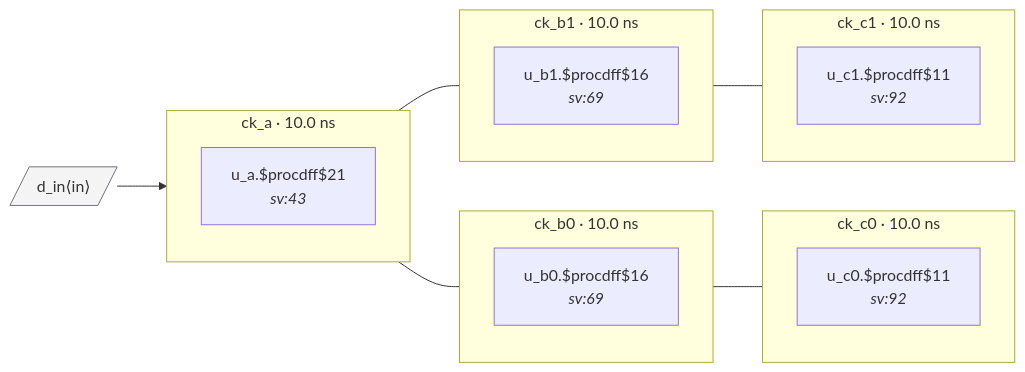
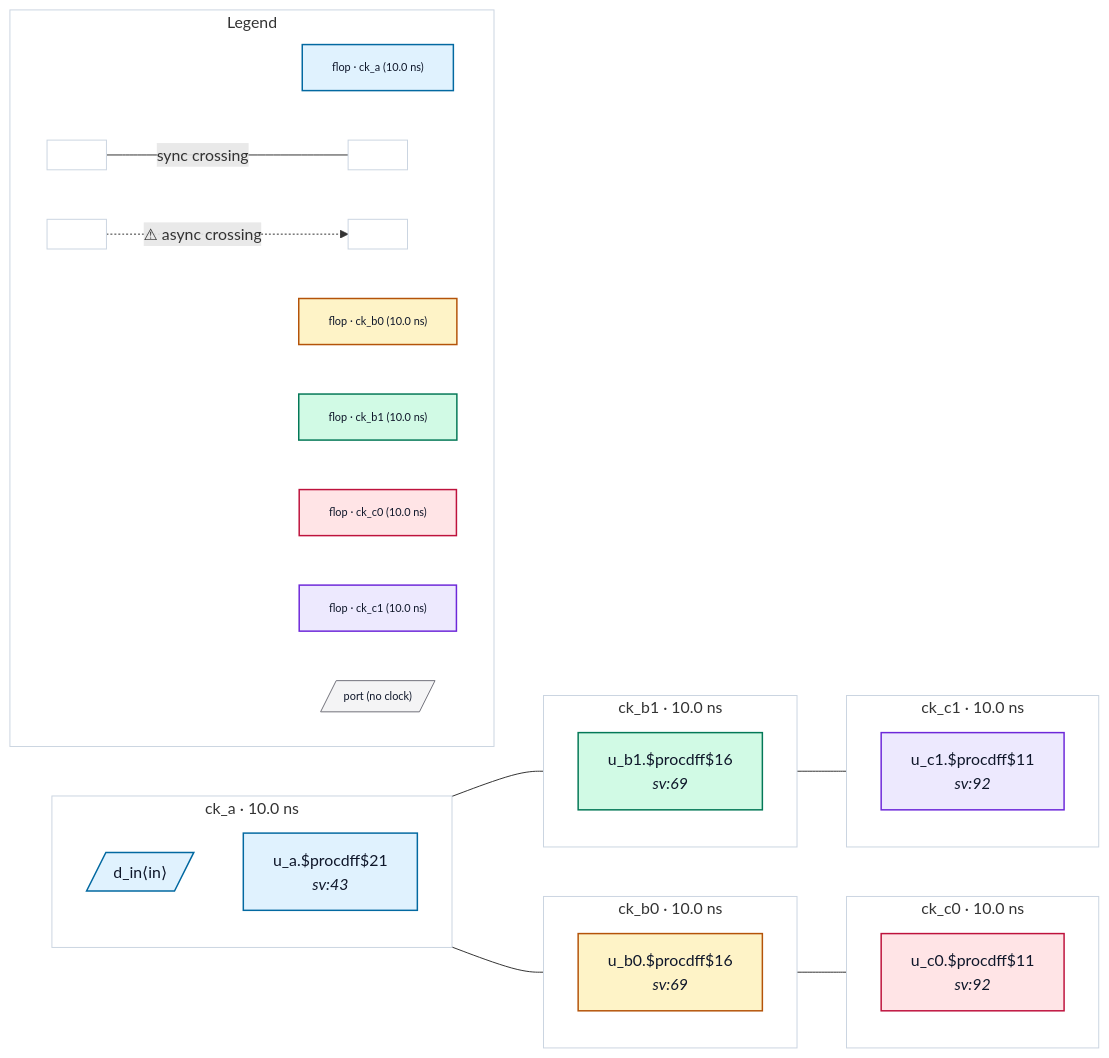
Before and after one commit to rtl-buddy/rtl-buddy-cdc: the diagram in tests/fixtures/good_source_sync_chain/README.md, drawn with Mermaid. The commit also changed 71 other files, not shown here.

First line of the commit message:
Refresh fixture READMEs + render iterations (colors, legend, nested ports, clock-net edges)

````diff
--- a/tests/fixtures/good_source_sync_chain/README.md
+++ b/tests/fixtures/good_source_sync_chain/README.md
@@ -33,31 +33,67 @@
 ```mermaid
 %% good_source_sync_chain — generated by rtl-buddy-cdc render
 flowchart LR
   subgraph clk_ck_a["ck_a · 10.0 ns"]
     direction TB
-    f_4812b7b5["u_a.$procdff$21<br/><i>sv:43</i>"]
+    p_in_d_in[/"d_in⟨in⟩"/]:::ckcls_ck_a
+    f_4812b7b5["u_a.$procdff$21<br/><i>sv:43</i>"]:::ckcls_ck_a
   end
   subgraph clk_ck_b0["ck_b0 · 10.0 ns"]
     direction TB
-    f_71ab4023["u_b0.$procdff$16<br/><i>sv:69</i>"]
+    f_71ab4023["u_b0.$procdff$16<br/><i>sv:69</i>"]:::ckcls_ck_b0
   end
   subgraph clk_ck_b1["ck_b1 · 10.0 ns"]
     direction TB
-    f_2ca107f2["u_b1.$procdff$16<br/><i>sv:69</i>"]
+    f_2ca107f2["u_b1.$procdff$16<br/><i>sv:69</i>"]:::ckcls_ck_b1
   end
   subgraph clk_ck_c0["ck_c0 · 10.0 ns"]
     direction TB
-    f_fbb01def["u_c0.$procdff$11<br/><i>sv:92</i>"]
+    f_fbb01def["u_c0.$procdff$11<br/><i>sv:92</i>"]:::ckcls_ck_c0
   end
   subgraph clk_ck_c1["ck_c1 · 10.0 ns"]
     direction TB
-    f_5b55946a["u_c1.$procdff$11<br/><i>sv:92</i>"]
+    f_5b55946a["u_c1.$procdff$11<br/><i>sv:92</i>"]:::ckcls_ck_c1
   end
-  p_in_d_in[/"d_in⟨in⟩"/]:::port
-  p_in_d_in --> f_4812b7b5
   f_4812b7b5 --- f_71ab4023
   f_4812b7b5 --- f_2ca107f2
   f_71ab4023 --- f_fbb01def
   f_2ca107f2 --- f_5b55946a
-  classDef port fill:#f4f4f5,stroke:#71717a
+  subgraph rb_legend["Legend"]
+    direction LR
+    lg_clk_ck_a["flop · ck_a (10.0 ns)"]:::ckcls_ck_a
+    lg_clk_ck_b0["flop · ck_b0 (10.0 ns)"]:::ckcls_ck_b0
+    lg_clk_ck_b1["flop · ck_b1 (10.0 ns)"]:::ckcls_ck_b1
+    lg_clk_ck_c0["flop · ck_c0 (10.0 ns)"]:::ckcls_ck_c0
+    lg_clk_ck_c1["flop · ck_c1 (10.0 ns)"]:::ckcls_ck_c1
+    lg_port[/"port (no clock)"/]:::port_unassigned
+    lg_sync_a[" "]:::ckcls_legend_neutral
+    lg_sync_b[" "]:::ckcls_legend_neutral
+    lg_async_a[" "]:::ckcls_legend_neutral
+    lg_async_b[" "]:::ckcls_legend_neutral
+    lg_sync_a --- |"sync crossing"| lg_sync_b
+    lg_async_a -. "⚠ async crossing" .-> lg_async_b
+  end
+  style clk_ck_a fill:none,stroke:#cbd5e1
+  style clk_ck_b0 fill:none,stroke:#cbd5e1
+  style clk_ck_b1 fill:none,stroke:#cbd5e1
+  style clk_ck_c0 fill:none,stroke:#cbd5e1
+  style clk_ck_c1 fill:none,stroke:#cbd5e1
+  style rb_legend fill:none,stroke:#cbd5e1
+  style lg_clk_ck_a font-size:11px
+  style lg_clk_ck_b0 font-size:11px
+  style lg_clk_ck_b1 font-size:11px
+  style lg_clk_ck_c0 font-size:11px
+  style lg_clk_ck_c1 font-size:11px
+  style lg_port font-size:11px
+  style lg_sync_a font-size:11px
+  style lg_sync_b font-size:11px
+  style lg_async_a font-size:11px
+  style lg_async_b font-size:11px
+  classDef ckcls_ck_a fill:#e0f2fe,stroke:#0369a1,stroke-width:1.5px,color:#0f172a
+  classDef ckcls_ck_b0 fill:#fef3c7,stroke:#b45309,stroke-width:1.5px,color:#0f172a
+  classDef ckcls_ck_b1 fill:#d1fae5,stroke:#047857,stroke-width:1.5px,color:#0f172a
+  classDef ckcls_ck_c0 fill:#ffe4e6,stroke:#be123c,stroke-width:1.5px,color:#0f172a
+  classDef ckcls_ck_c1 fill:#ede9fe,stroke:#6d28d9,stroke-width:1.5px,color:#0f172a
+  classDef port_unassigned fill:#f4f4f5,stroke:#71717a,color:#0f172a
+  classDef ckcls_legend_neutral fill:#ffffff,stroke:#cbd5e1,stroke-width:1px,color:#0f172a
 ```
````
